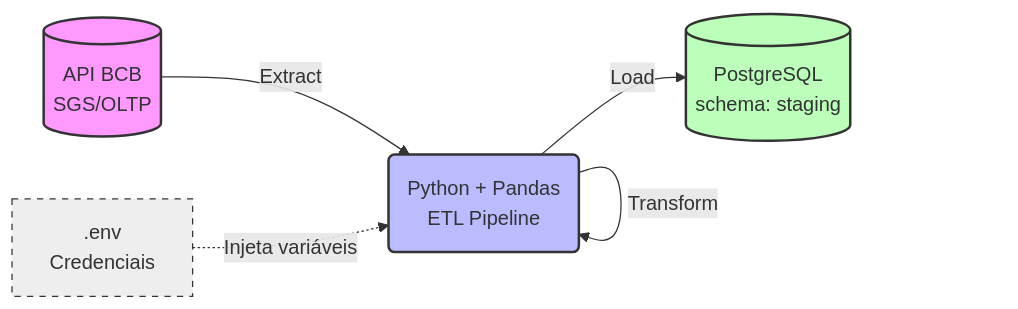
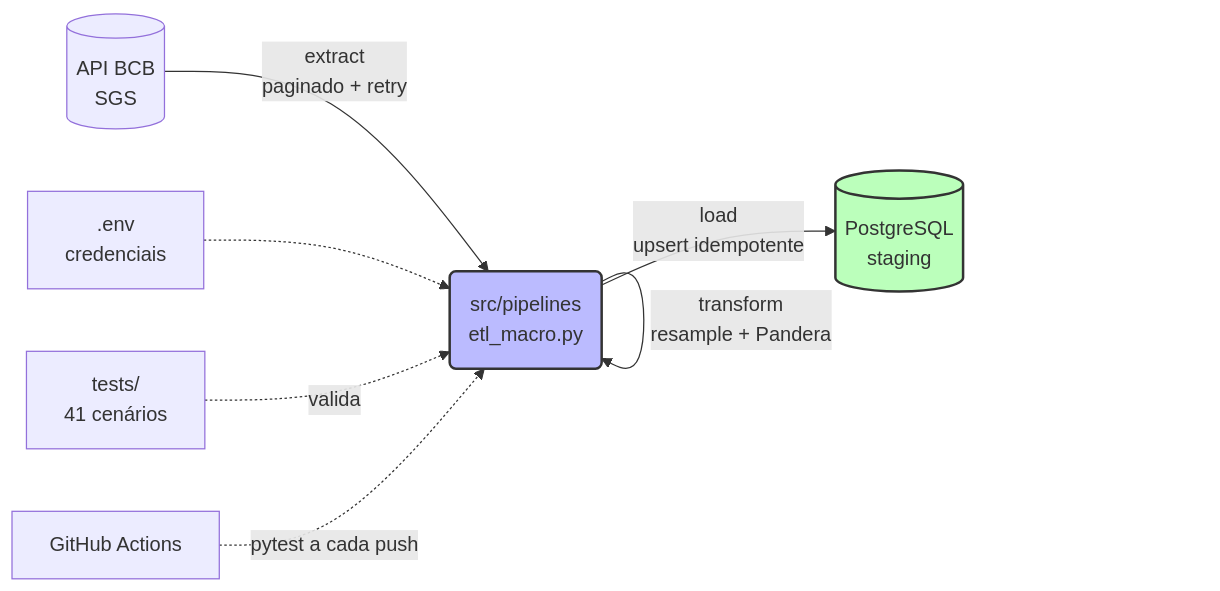
One commit to YuriFerreira11/Analise-Brasil changed the diagram in README.md. Above: the diagram before and after it, drawn with Mermaid. The commit also changed other lines of this file and 9 other files, not shown here.

````diff
--- a/README.md
+++ b/README.md
@@ -24,12 +23,12 @@
 ```mermaid
 graph LR
-    A[(API BCB<br/>SGS/OLTP)] -->|Extract| B(Python + Pandas<br/>ETL Pipeline)
-    B -->|Transform| B
-    B -->|Load| C[(PostgreSQL<br/>schema: staging)]
-    D[.env<br/>Credenciais] -.->|Injeta variáveis| B
-    
-    style A fill:#f9f,stroke:#333,stroke-width:2px
+    A[(API BCB<br/>SGS)] -->|extract<br/>paginado + retry| B(src/pipelines<br/>etl_macro.py)
+    B -->|transform<br/>resample + Pandera| B
+    B -->|load<br/>upsert idempotente| C[(PostgreSQL<br/>staging)]
+    D[.env<br/>credenciais] -.-> B
+    T[tests/<br/>41 cenários] -.->|valida| B
+    G[GitHub Actions] -.->|pytest a cada push| B
+
     style B fill:#bbf,stroke:#333,stroke-width:2px
     style C fill:#bfb,stroke:#333,stroke-width:2px
-    style D fill:#eee,stroke:#333,stroke-dasharray: 5 5
 ```
````
